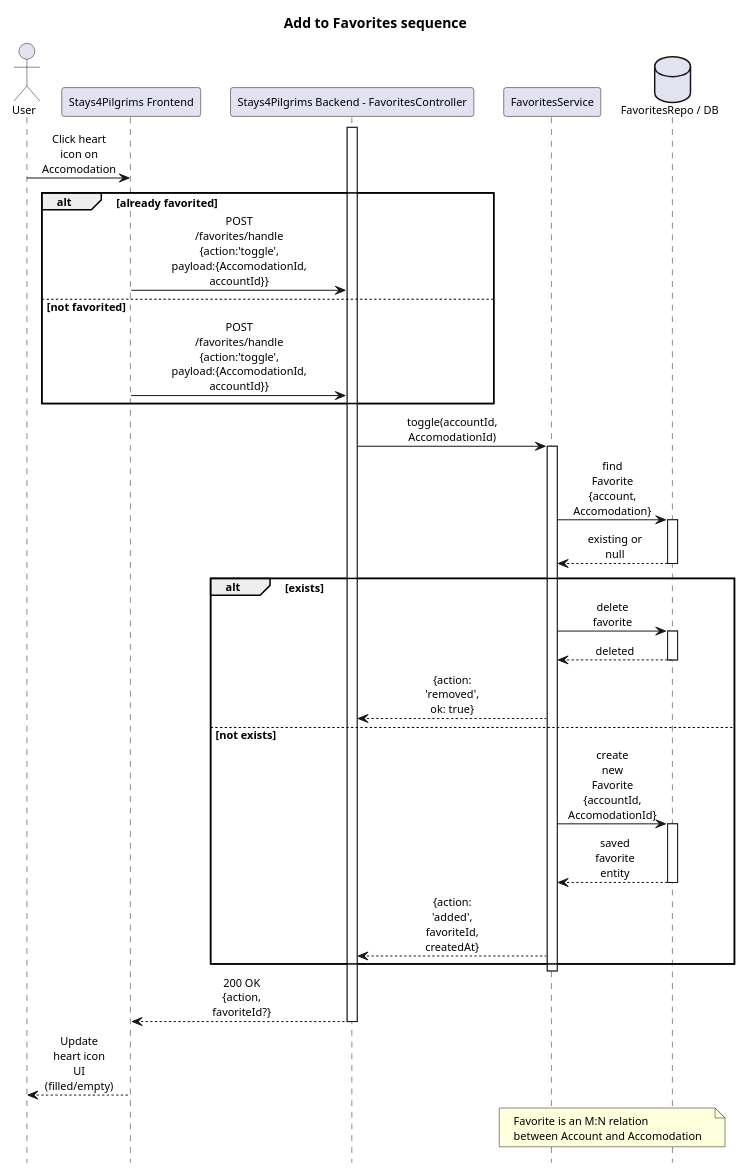
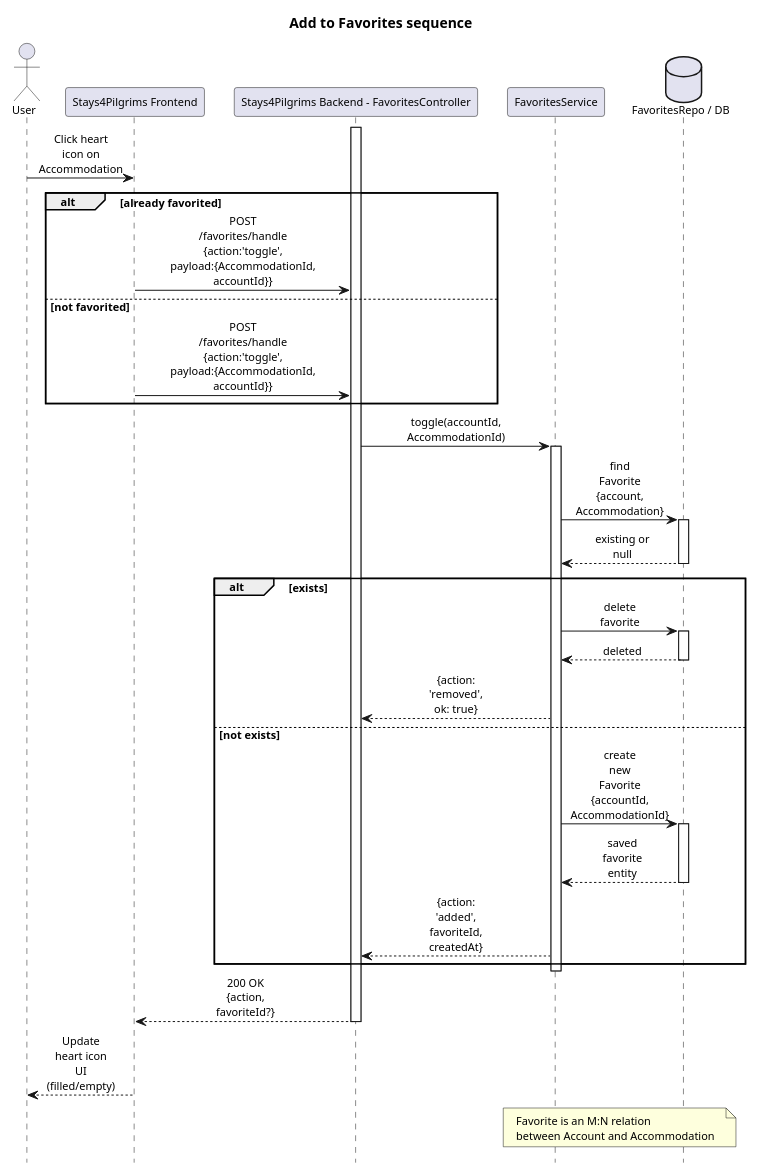
The diagram in docs/diagrams/sequence-add-favorite.puml (alegna83/cookbook-be), drawn with PlantUML before and after one commit. The commit also changed 14 other files, not shown here.

Commit message:
docs: update architecture diagrams and accommodation spelling

```diff
--- a/docs/diagrams/sequence-add-favorite.puml
+++ b/docs/diagrams/sequence-add-favorite.puml
@@ -1,53 +1,53 @@
 @startuml
 title Add to Favorites sequence
 scale 0.85
 hide footbox
 skinparam defaultFontName Arial
 skinparam defaultFontSize 11
 skinparam maxMessageSize 55
 skinparam sequence {
   ParticipantPadding 10
   BoxPadding 8
   MessageAlign center
   ArrowThickness 1
 }
 actor User
 participant "Stays4Pilgrims Frontend" as FE
 participant "Stays4Pilgrims Backend - FavoritesController" as API
 participant "FavoritesService" as SVC
 database "FavoritesRepo / DB" as DB
 
-User -> FE: Click heart icon on Accomodation
+User -> FE: Click heart icon on Accommodation
 alt already favorited
-  FE -> API: POST /favorites/handle\n{action:'toggle', payload:{AccomodationId, accountId}}
+  FE -> API: POST /favorites/handle\n{action:'toggle', payload:{AccommodationId, accountId}}
 else not favorited
-  FE -> API: POST /favorites/handle\n{action:'toggle', payload:{AccomodationId, accountId}}
+  FE -> API: POST /favorites/handle\n{action:'toggle', payload:{AccommodationId, accountId}}
 end
 activate API
-API -> SVC: toggle(accountId, AccomodationId)
+API -> SVC: toggle(accountId, AccommodationId)
 activate SVC
-SVC -> DB: find Favorite {account, Accomodation}
+SVC -> DB: find Favorite {account, Accommodation}
 activate DB
 DB --> SVC: existing or null
 deactivate DB
 alt exists
   SVC -> DB: delete favorite
   activate DB
   DB --> SVC: deleted
   deactivate DB
   SVC --> API: {action: 'removed', ok: true}
 else not exists
-  SVC -> DB: create new Favorite {accountId, AccomodationId}
+  SVC -> DB: create new Favorite {accountId, AccommodationId}
   activate DB
   DB --> SVC: saved favorite entity
   deactivate DB
   SVC --> API: {action: 'added', favoriteId, createdAt}
 end
 deactivate SVC
 API --> FE: 200 OK {action, favoriteId?}
 deactivate API
 FE --> User: Update heart icon UI (filled/empty)
 
-note over SVC,DB: Favorite is an M:N relation\nbetween Account and Accomodation
+note over SVC,DB: Favorite is an M:N relation\nbetween Account and Accommodation
 
 @enduml
```
